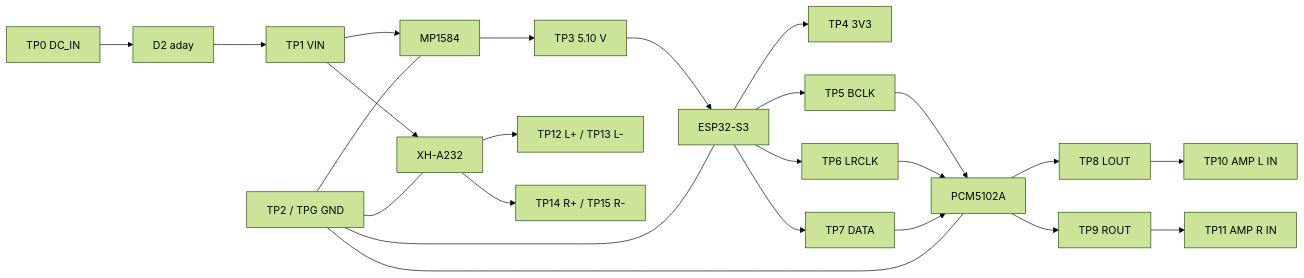
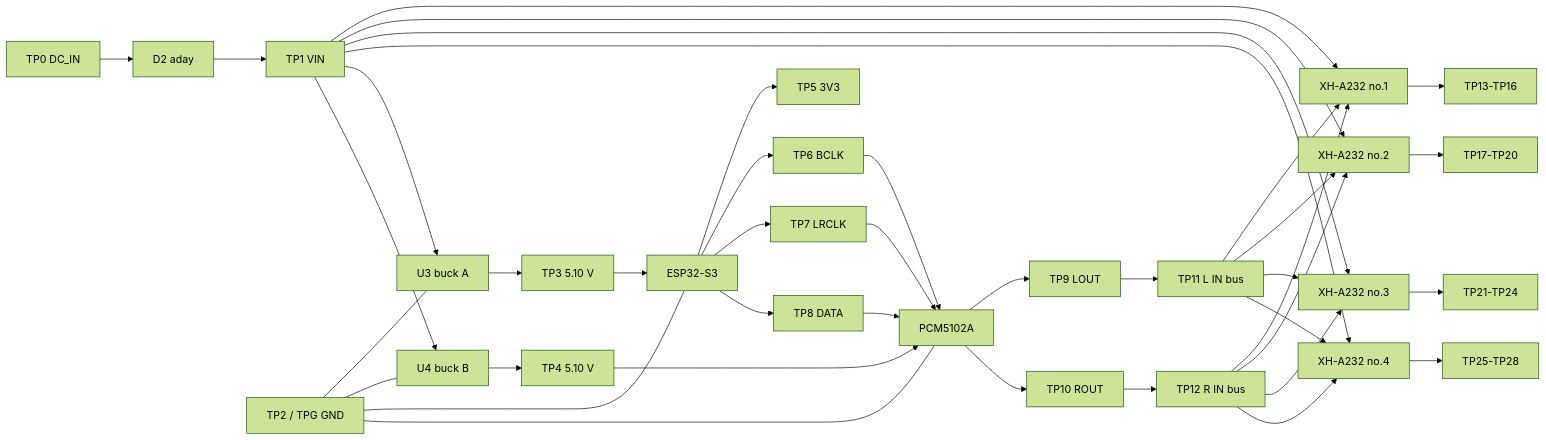
The sixth of 7 diagrams in docs/02-hardware/circuit-and-wiring-plan.md (ktahatastan/esp32-airplay-speakers), drawn with Mermaid (forest theme) before and after one commit. The commit also changed other lines of this file and 122 other files, not shown here.

````diff
--- a/docs/02-hardware/circuit-and-wiring-plan.md
+++ b/docs/02-hardware/circuit-and-wiring-plan.md
@@ -327,24 +390,37 @@
 ```mermaid
 flowchart LR
     P0[TP0 DC_IN] --> D2[D2 aday] --> P1[TP1 VIN]
-    P1 --> AMP3[XH-A232]
-    P1 --> BUCK3[MP1584]
-    BUCK3 --> P3[TP3 5.10 V] --> ESP3[ESP32-S3]
-    ESP3 --> P4[TP4 3V3]
-    ESP3 --> P5[TP5 BCLK]
-    ESP3 --> P6[TP6 LRCLK]
-    ESP3 --> P7[TP7 DATA]
-    P5 --> DAC3[PCM5102A]
+    P1 --> AMP1[XH-A232 no.1]
+    P1 --> AMP2[XH-A232 no.2]
+    P1 --> AMP3[XH-A232 no.3]
+    P1 --> AMP4[XH-A232 no.4]
+    P1 --> BUCKA[U3 buck A]
+    P1 --> BUCKB[U4 buck B]
+    BUCKA --> P3[TP3 5.10 V] --> ESP3[ESP32-S3]
+    BUCKB --> P4[TP4 5.10 V] --> DAC3[PCM5102A]
+    ESP3 --> P5[TP5 3V3]
+    ESP3 --> P6[TP6 BCLK]
+    ESP3 --> P7[TP7 LRCLK]
+    ESP3 --> P8[TP8 DATA]
     P6 --> DAC3
     P7 --> DAC3
-    DAC3 --> P8[TP8 LOUT]
-    DAC3 --> P9[TP9 ROUT]
-    P8 --> P10[TP10 AMP L IN]
-    P9 --> P11[TP11 AMP R IN]
-    AMP3 --> PL[TP12 L+ / TP13 L-]
-    AMP3 --> PR[TP14 R+ / TP15 R-]
-    G[TP2 / TPG GND] --- BUCK3
+    P8 --> DAC3
+    DAC3 --> P9[TP9 LOUT] --> P11[TP11 L IN bus]
+    DAC3 --> P10[TP10 ROUT] --> P12[TP12 R IN bus]
+    P11 --> AMP1
+    P11 --> AMP2
+    P11 --> AMP3
+    P11 --> AMP4
+    P12 --> AMP1
+    P12 --> AMP2
+    P12 --> AMP3
+    P12 --> AMP4
+    AMP1 --> O1[TP13-TP16]
+    AMP2 --> O2[TP17-TP20]
+    AMP3 --> O3[TP21-TP24]
+    AMP4 --> O4[TP25-TP28]
+    G[TP2 / TPG GND] --- BUCKA
+    G --- BUCKB
     G --- ESP3
     G --- DAC3
-    G --- AMP3
 ```
````
